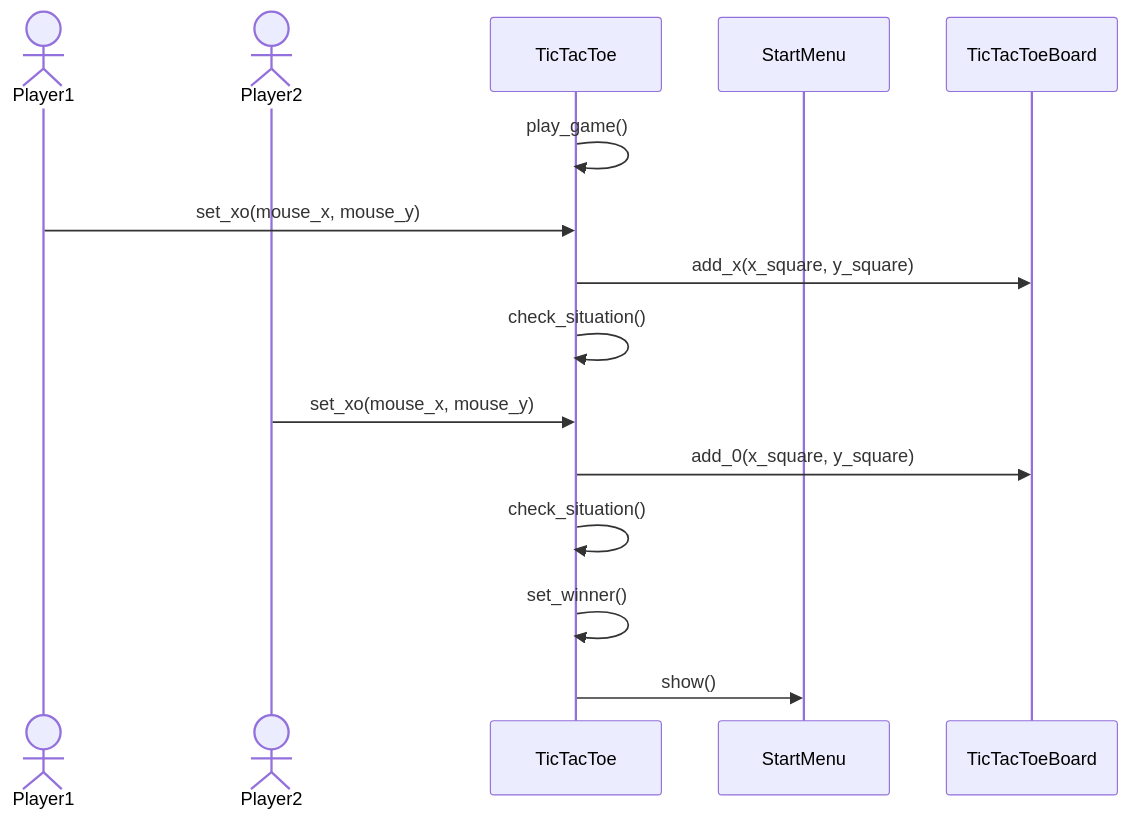
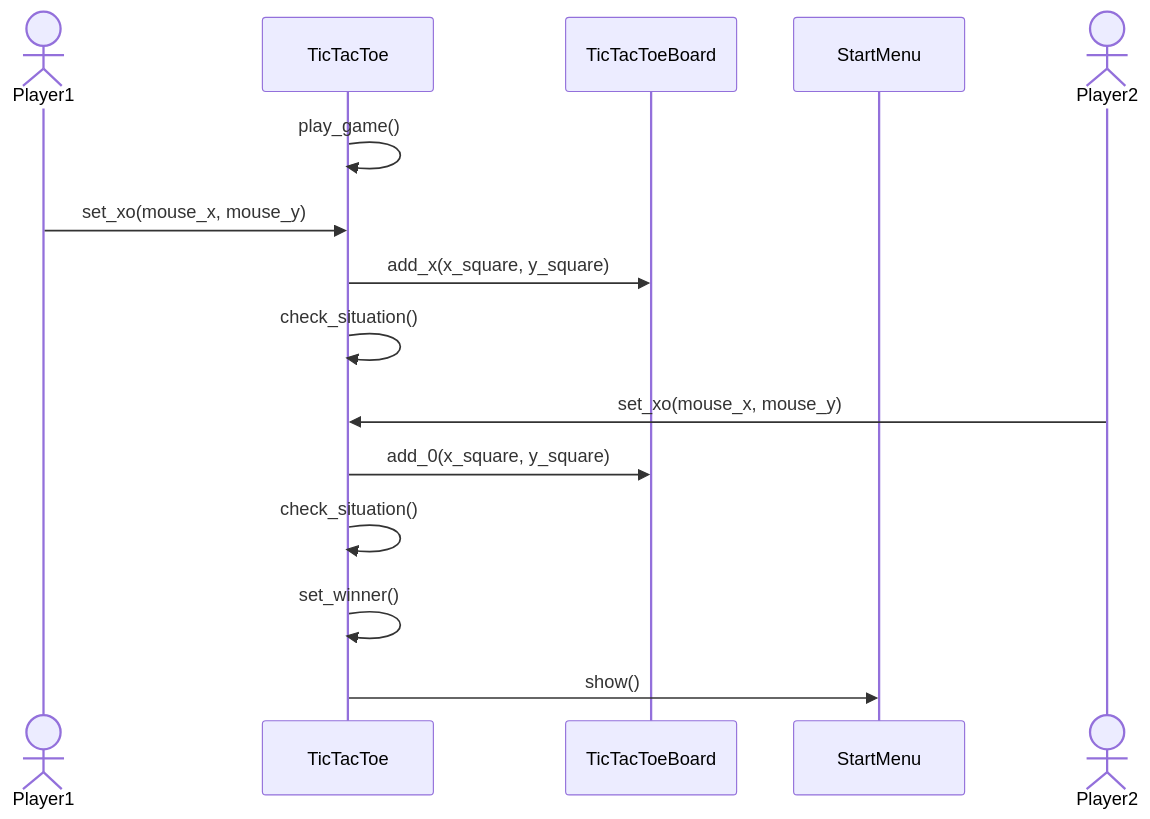
The third of 3 diagrams in maarittelydokumentti/arkkitehtuuri.md (TatuSorjonen/ot-harjoitustyo), drawn with Mermaid before and after one commit. The commit also changed other lines of this file, not shown here.

````diff
--- a/maarittelydokumentti/arkkitehtuuri.md
+++ b/maarittelydokumentti/arkkitehtuuri.md
@@ -112,17 +112,17 @@
 ```mermaid
 sequenceDiagram
   actor Player1
+  participant TicTacToe
+  participant TicTacToeBoard
+  participant StartMenu
   actor Player2
-  participant TicTacToe
-  participant StartMenu
-  participant TicTacToeBoard
   TicTacToe->> TicTacToe: play_game()
   Player1->> TicTacToe: set_xo(mouse_x, mouse_y)
   TicTacToe->> TicTacToeBoard: add_x(x_square, y_square)
   TicTacToe->> TicTacToe: check_situation()
   Player2->> TicTacToe: set_xo(mouse_x, mouse_y)
   TicTacToe->> TicTacToeBoard: add_0(x_square, y_square)
   TicTacToe->> TicTacToe: check_situation()
   TicTacToe->> TicTacToe: set_winner()
   TicTacToe->> StartMenu: show()
 ```
````
